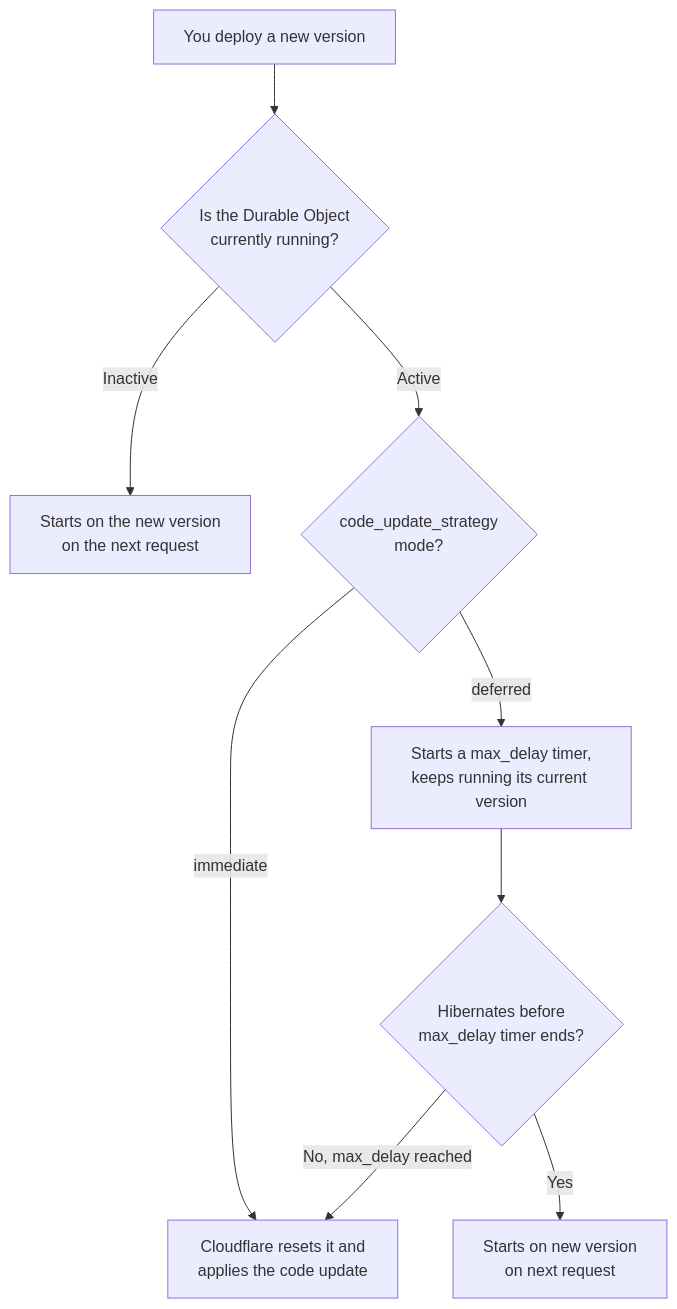
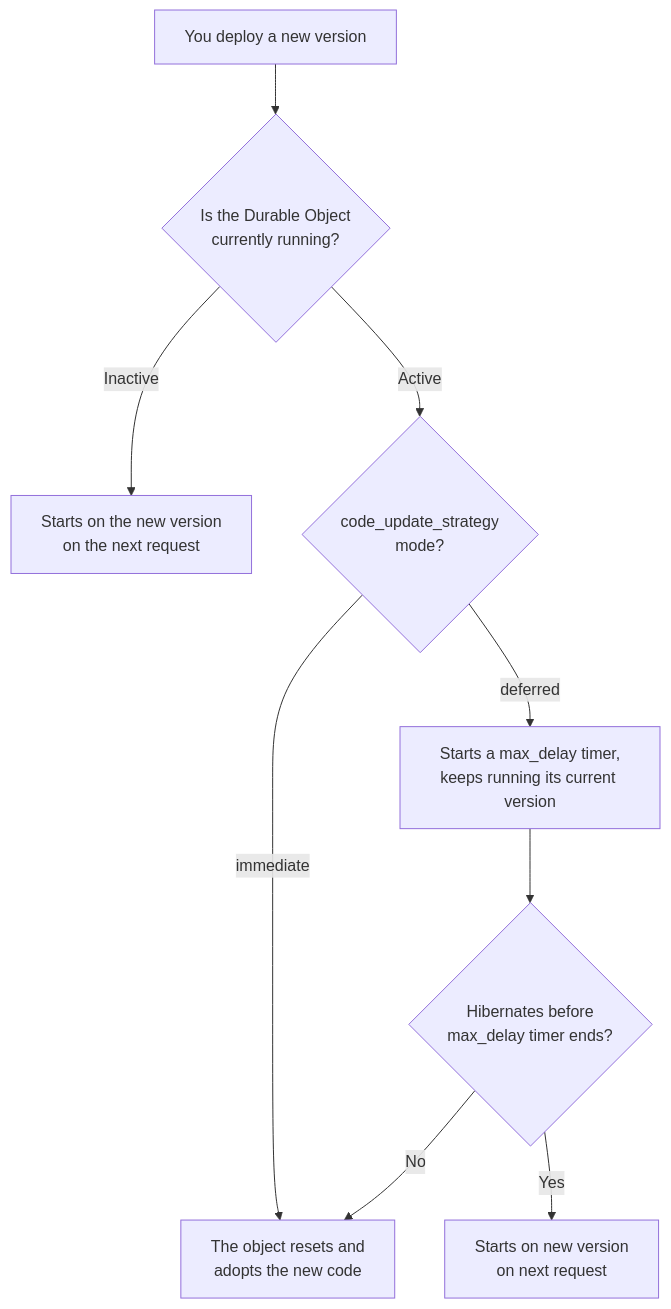
The first of 2 diagrams in src/content/docs/durable-objects/deployments/durable-objects-code-updates.mdx (cloudflare/cloudflare-docs), drawn with Mermaid before and after one commit. The commit also changed other lines of this file and 5 other files, not shown here.

````diff
--- a/src/content/docs/durable-objects/deployments/durable-objects-code-updates.mdx
+++ b/src/content/docs/durable-objects/deployments/durable-objects-code-updates.mdx
@@ -37,11 +37,11 @@
 ```mermaid
 flowchart TD
     A["You deploy a new version"] --> B{"Is the Durable Object<br/>currently running?"}
     B -->|Inactive| C["Starts on the new version<br/>on the next request"]
     B -->|Active| D{"code_update_strategy<br/>mode?"}
-    D -->|immediate| E["Cloudflare resets it and<br/>applies the code update"]
+    D -->|immediate| E["The object resets and<br/>adopts the new code"]
     D -->|deferred| F["Starts a max_delay timer,<br/>keeps running its current version"]
     F --> G{"Hibernates before<br/>max_delay timer ends?"}
     G -->|Yes| H["Starts on new version<br/>on next request"]
-    G -->|"No, max_delay reached"| E
+    G -->|"No"| E
 ```
````
